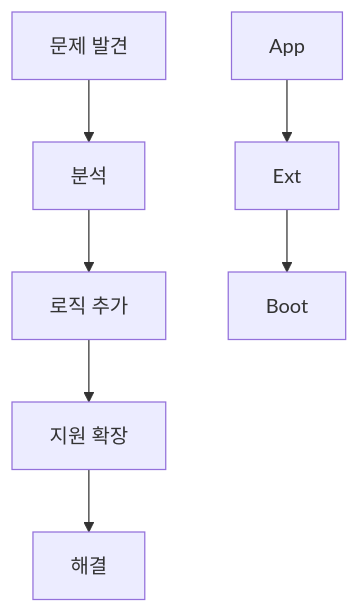
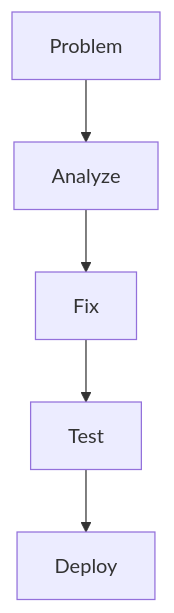
The sixth of 7 diagrams in _posts/2025-03-15-feature-flag-system.md (yeokyeong-yoon/yeokyeong-yoon.github.io), drawn with Mermaid before and after one commit. The commit also changed other lines of this file, not shown here.

Commit message:
docs: optimize mermaid diagrams for better rendering and size

````diff
--- a/_posts/2025-03-15-feature-flag-system.md
+++ b/_posts/2025-03-15-feature-flag-system.md
@@ -775,10 +688,7 @@
 ```mermaid
 graph TD
-    A[문제 발견] --> B[분석]
-    B --> C[로직 추가]
-    C --> D[지원 확장]
-    D --> E[해결]
-    
-    F[App] --> G[Ext]
-    G --> H[Boot]
+    A[Problem] --> B[Analyze]
+    B --> C[Fix]
+    C --> D[Test]
+    D --> E[Deploy]
 ```
````
